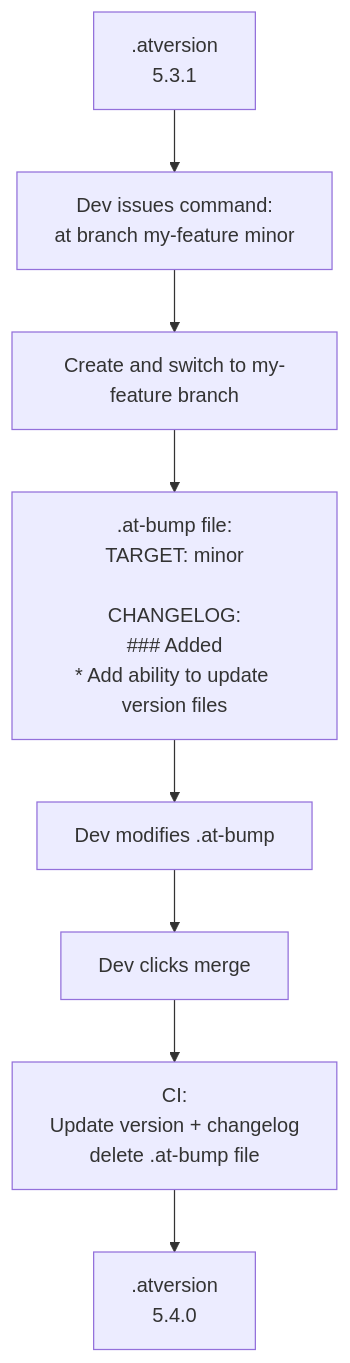
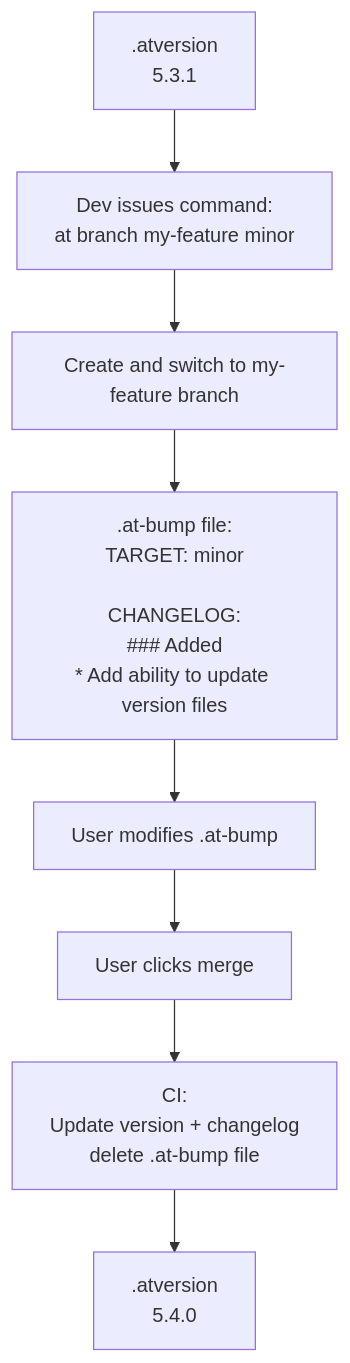
The diagram in doc/workflow.mermaid (gregerspoulsen/artisan_tools), drawn with Mermaid before and after one commit.

```diff
--- a/doc/workflow.mermaid
+++ b/doc/workflow.mermaid
@@ -1,17 +1,17 @@
 graph TD
     A[.atversion<br>5.3.1]
     B["Dev issues command:<br>at branch my-feature minor<br>"]
     C[Create and switch to my-feature branch]
     D[".at-bump file:<br>TARGET: minor<br><br>CHANGELOG:<br>### Added<br>* Add ability to update version files"]
-    E[Dev modifies .at-bump]
-    F[Dev clicks merge]
+    E[User modifies .at-bump]
+    F[User clicks merge]
     G[CI:<br>Update version + changelog<br>delete .at-bump file]
     H[.atversion<br>5.4.0]
 
     A --> B
     B --> C
     C --> D
     D --> E
     E --> F
     F --> G
     G --> H
```
